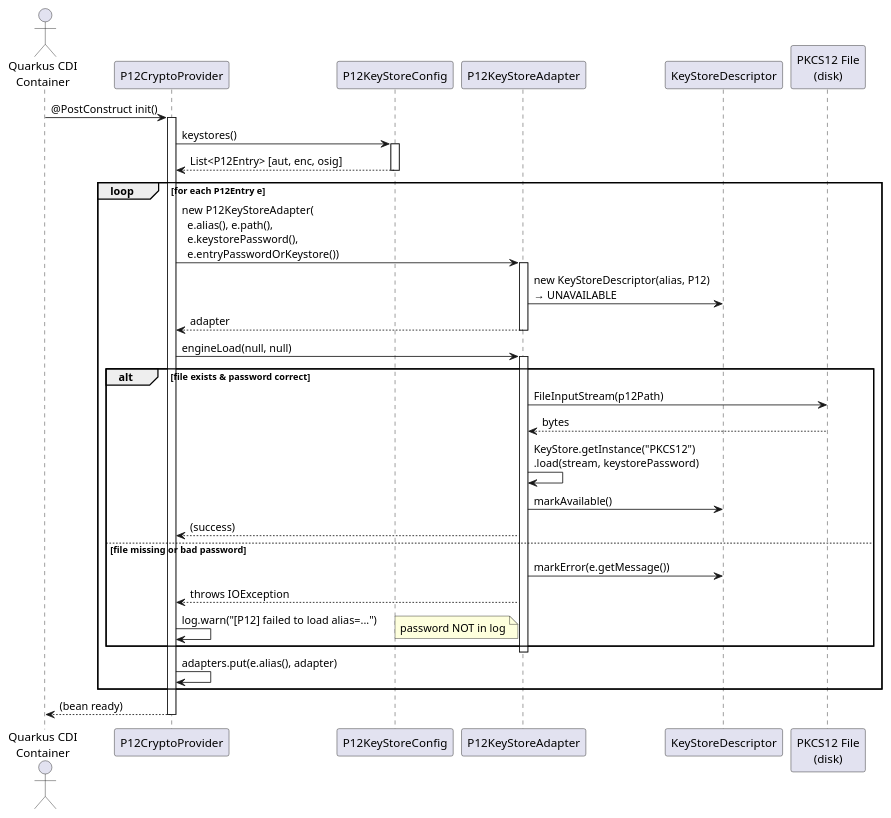
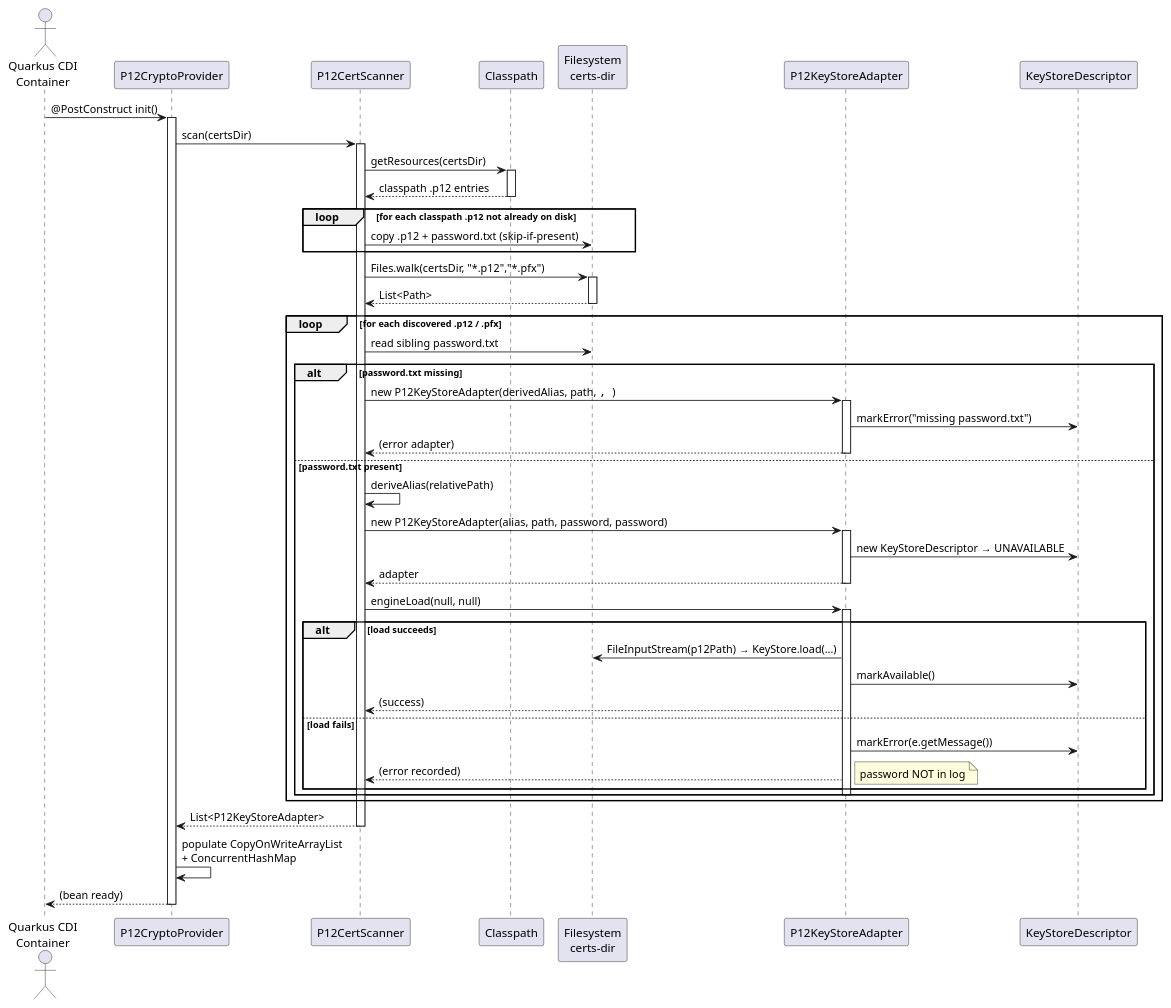
One commit to med-united/basis-consumer-health changed the diagram in specs/003-p12-crypto-provider/diagrams/sequence-startup.puml. Above: the diagram before and after it, drawn with PlantUML. The commit also changed 44 other files, not shown here.

```diff
--- a/specs/003-p12-crypto-provider/diagrams/sequence-startup.puml
+++ b/specs/003-p12-crypto-provider/diagrams/sequence-startup.puml
@@ -1,48 +1,71 @@
 @startuml sequence-startup
 skinparam defaultFontName Helvetica
 
 actor "Quarkus CDI\nContainer" as CDI
 participant "P12CryptoProvider" as provider
-participant "P12KeyStoreConfig" as config
+participant "P12CertScanner" as scanner
+participant "Classpath" as cp
+participant "Filesystem\ncerts-dir" as fs
 participant "P12KeyStoreAdapter" as adapter
 participant "KeyStoreDescriptor" as desc
-participant "PKCS12 File\n(disk)" as file
 
 CDI -> provider : @PostConstruct init()
 activate provider
 
-provider -> config : keystores()
-activate config
-config --> provider : List<P12Entry> [aut, enc, osig]
-deactivate config
+provider -> scanner : scan(certsDir)
+activate scanner
 
-loop for each P12Entry e
-  provider -> adapter : new P12KeyStoreAdapter(\n  e.alias(), e.path(),\n  e.keystorePassword(),\n  e.entryPasswordOrKeystore())
-  activate adapter
-  adapter -> desc : new KeyStoreDescriptor(alias, P12)\n→ UNAVAILABLE
-  adapter --> provider : adapter
-  deactivate adapter
+scanner -> cp : getResources(certsDir)
+activate cp
+cp --> scanner : classpath .p12 entries
+deactivate cp
 
-  provider -> adapter : engineLoad(null, null)
-  activate adapter
-  alt file exists & password correct
-    adapter -> file : FileInputStream(p12Path)
-    file --> adapter : bytes
-    adapter -> adapter : KeyStore.getInstance("PKCS12")\n.load(stream, keystorePassword)
-    adapter -> desc : markAvailable()
-    adapter --> provider : (success)
-  else file missing or bad password
-    adapter -> desc : markError(e.getMessage())
-    adapter --> provider : throws IOException
-    provider -> provider : log.warn("[P12] failed to load alias=...")
-    note right: password NOT in log
+loop for each classpath .p12 not already on disk
+  scanner -> fs : copy .p12 + password.txt (skip-if-present)
+end
+
+scanner -> fs : Files.walk(certsDir, "*.p12","*.pfx")
+activate fs
+fs --> scanner : List<Path>
+deactivate fs
+
+loop for each discovered .p12 / .pfx
+  scanner -> fs : read sibling password.txt
+  alt password.txt missing
+    scanner -> adapter : new P12KeyStoreAdapter(derivedAlias, path, "", "")
+    activate adapter
+    adapter -> desc : markError("missing password.txt")
+    adapter --> scanner : (error adapter)
+    deactivate adapter
+  else password.txt present
+    scanner -> scanner : deriveAlias(relativePath)
+    scanner -> adapter : new P12KeyStoreAdapter(alias, path, password, password)
+    activate adapter
+    adapter -> desc : new KeyStoreDescriptor → UNAVAILABLE
+    adapter --> scanner : adapter
+    deactivate adapter
+
+    scanner -> adapter : engineLoad(null, null)
+    activate adapter
+    alt load succeeds
+      adapter -> fs : FileInputStream(p12Path) → KeyStore.load(...)
+      adapter -> desc : markAvailable()
+      adapter --> scanner : (success)
+    else load fails
+      adapter -> desc : markError(e.getMessage())
+      adapter --> scanner : (error recorded)
+      note right: password NOT in log
+    end
+    deactivate adapter
   end
-  deactivate adapter
+end
 
-  provider -> provider : adapters.put(e.alias(), adapter)
-end
+scanner --> provider : List<P12KeyStoreAdapter>
+deactivate scanner
+
+provider -> provider : populate CopyOnWriteArrayList\n+ ConcurrentHashMap
 
 CDI <-- provider : (bean ready)
 deactivate provider
 
 @enduml
```
